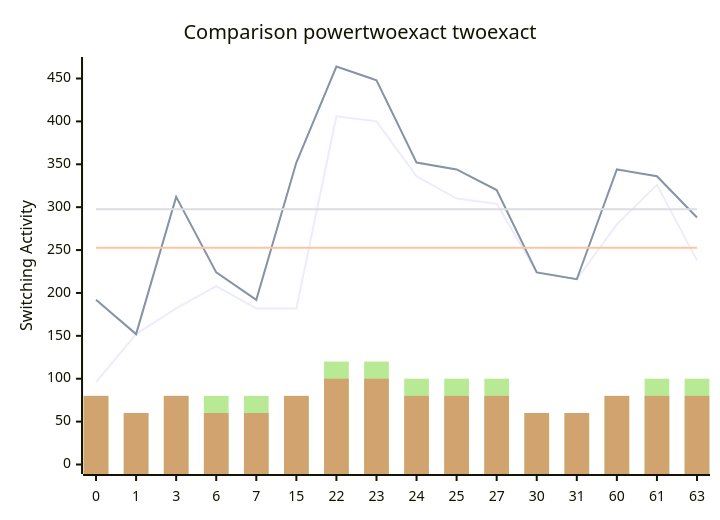
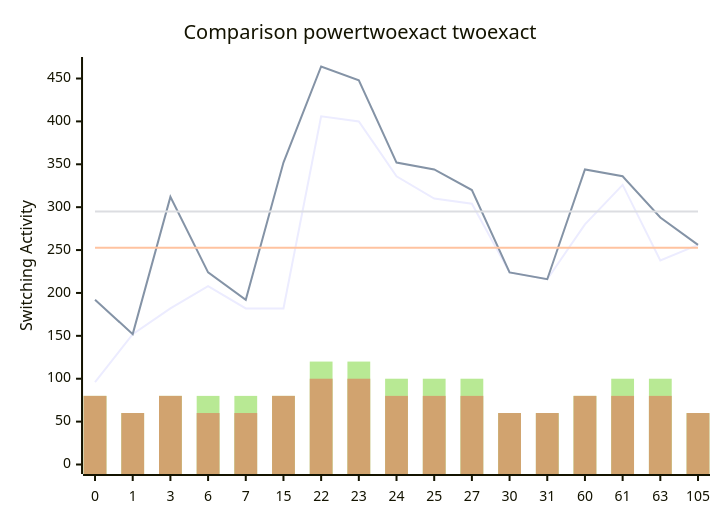
The diagram in benchmark.md (FeldmeierMichael/Exact-Power-Synthesis), drawn with Mermaid before and after one commit. The commit also changed other lines of this file and 2 other files, not shown here.

````diff
--- a/benchmark.md
+++ b/benchmark.md
@@ -37,12 +39,12 @@
 ```mermaid
 xychart-beta
     title "Comparison powertwoexact twoexact"
-    x-axis [0, 1, 3, 6, 7, 15, 22, 23, 24, 25, 27, 30, 31, 60, 61, 63]
+    x-axis [0, 1, 3, 6, 7, 15, 22, 23, 24, 25, 27, 30, 31, 60, 61, 63, 105]
     y-axis "Switching Activity" 0-->464
-    line [96, 152, 182, 208, 182, 182, 406, 400, 336, 310, 304, 224, 216, 280, 326, 238]
-    line [192, 152, 312, 224, 192, 352, 464, 448, 352, 344, 320, 224, 216, 344, 336, 288]
-    line [252.625, 252.625, 252.625, 252.625, 252.625, 252.625, 252.625, 252.625, 252.625, 252.625, 252.625, 252.625, 252.625, 252.625, 252.625, 252.625]
-    line [297.5, 297.5, 297.5, 297.5, 297.5, 297.5, 297.5, 297.5, 297.5, 297.5, 297.5, 297.5, 297.5, 297.5, 297.5, 297.5]
-    bar [80, 60, 80, 80, 80, 80, 120, 120, 100, 100, 100, 60, 60, 80, 100, 100]
-    bar [80, 60, 80, 60, 60, 80, 100, 100, 80, 80, 80, 60, 60, 80, 80, 80]
+    line [96, 152, 182, 208, 182, 182, 406, 400, 336, 310, 304, 224, 216, 280, 326, 238, 256]
+    line [192, 152, 312, 224, 192, 352, 464, 448, 352, 344, 320, 224, 216, 344, 336, 288, 256]
+    line [252.8235294117647, 252.8235294117647, 252.8235294117647, 252.8235294117647, 252.8235294117647, 252.8235294117647, 252.8235294117647, 252.8235294117647, 252.8235294117647, 252.8235294117647, 252.8235294117647, 252.8235294117647, 252.8235294117647, 252.8235294117647, 252.8235294117647, 252.8235294117647, 252.8235294117647]
+    line [295.05882352941177, 295.05882352941177, 295.05882352941177, 295.05882352941177, 295.05882352941177, 295.05882352941177, 295.05882352941177, 295.05882352941177, 295.05882352941177, 295.05882352941177, 295.05882352941177, 295.05882352941177, 295.05882352941177, 295.05882352941177, 295.05882352941177, 295.05882352941177, 295.05882352941177]
+    bar [80, 60, 80, 80, 80, 80, 120, 120, 100, 100, 100, 60, 60, 80, 100, 100, 60]
+    bar [80, 60, 80, 60, 60, 80, 100, 100, 80, 80, 80, 60, 60, 80, 80, 80, 60]
 ```
````
